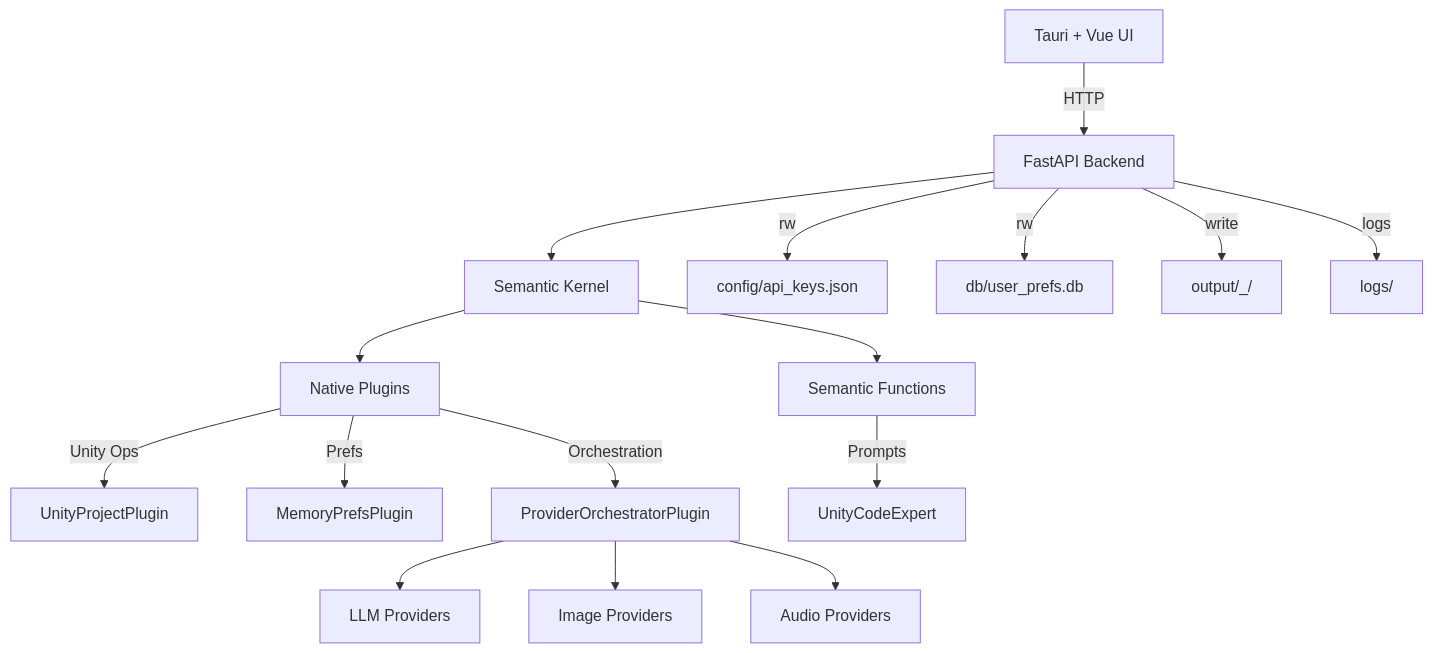
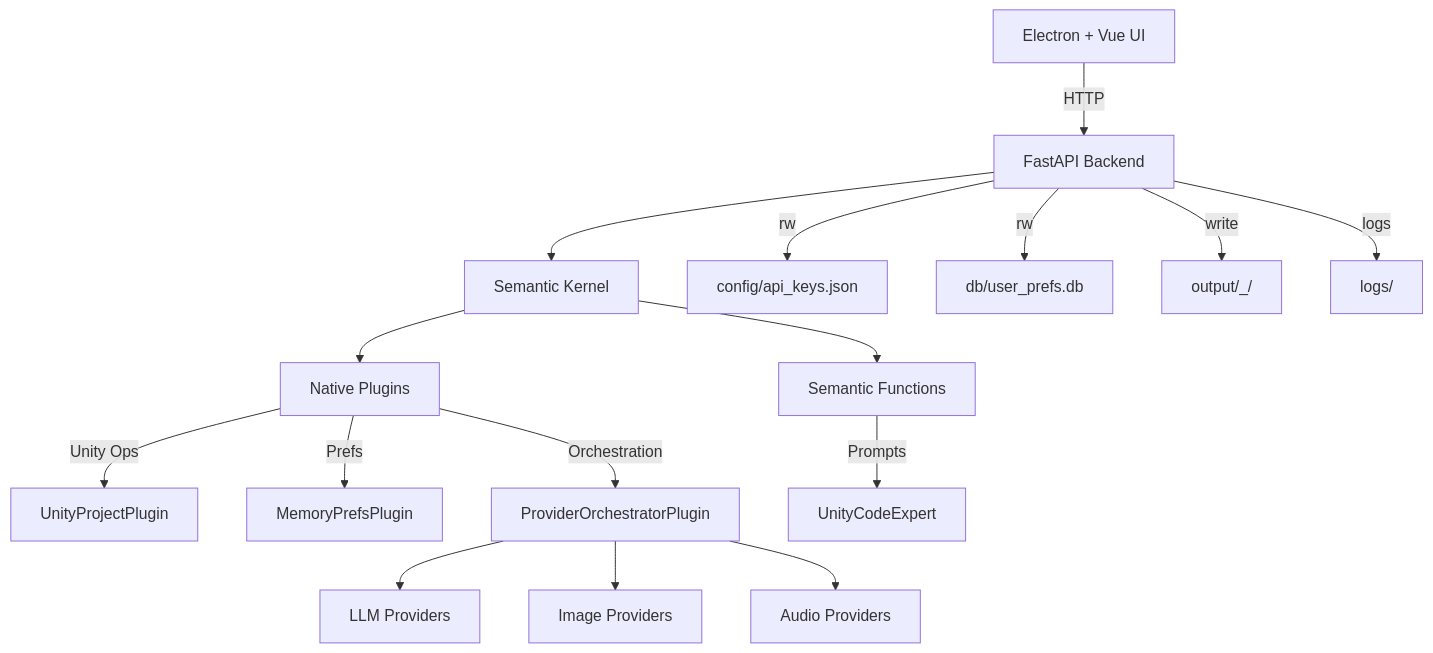
The diagram in docs/ARCHITECTURE.md (Ozymandros/Unity-Generator), drawn with Mermaid before and after one commit. The commit also changed other lines of this file and 31 other files, not shown here.

First line of the commit message:
Migrate app from Tauri to Electron

````diff
--- a/docs/ARCHITECTURE.md
+++ b/docs/ARCHITECTURE.md
@@ -7,22 +7,22 @@
 ```mermaid
 flowchart TD
-  UI[Tauri + Vue UI] -->|HTTP| API[FastAPI Backend]
+  UI[Electron + Vue UI] -->|HTTP| API[FastAPI Backend]
   API --> SK[Semantic Kernel]
   SK --> NP[Native Plugins]
   SK --> SF[Semantic Functions]
 
   NP -->|Unity Ops| UPP[UnityProjectPlugin]
   NP -->|Prefs| MPP[MemoryPrefsPlugin]
   NP -->|Orchestration| POP[ProviderOrchestratorPlugin]
 
   SF -->|Prompts| UCE[UnityCodeExpert]
 
   POP --> LLM[LLM Providers]
   POP --> IMG[Image Providers]
   POP --> AUD[Audio Providers]
 
   API -->|rw| KEYS[config/api_keys.json]
   API -->|rw| PREFS[db/user_prefs.db]
   API -->|write| OUT[output/<Project>_<timestamp>/]
   API -->|logs| LOGS[logs/]
 ```
````
